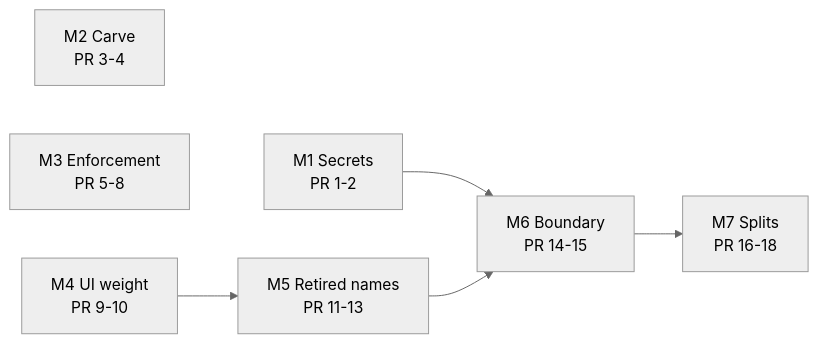
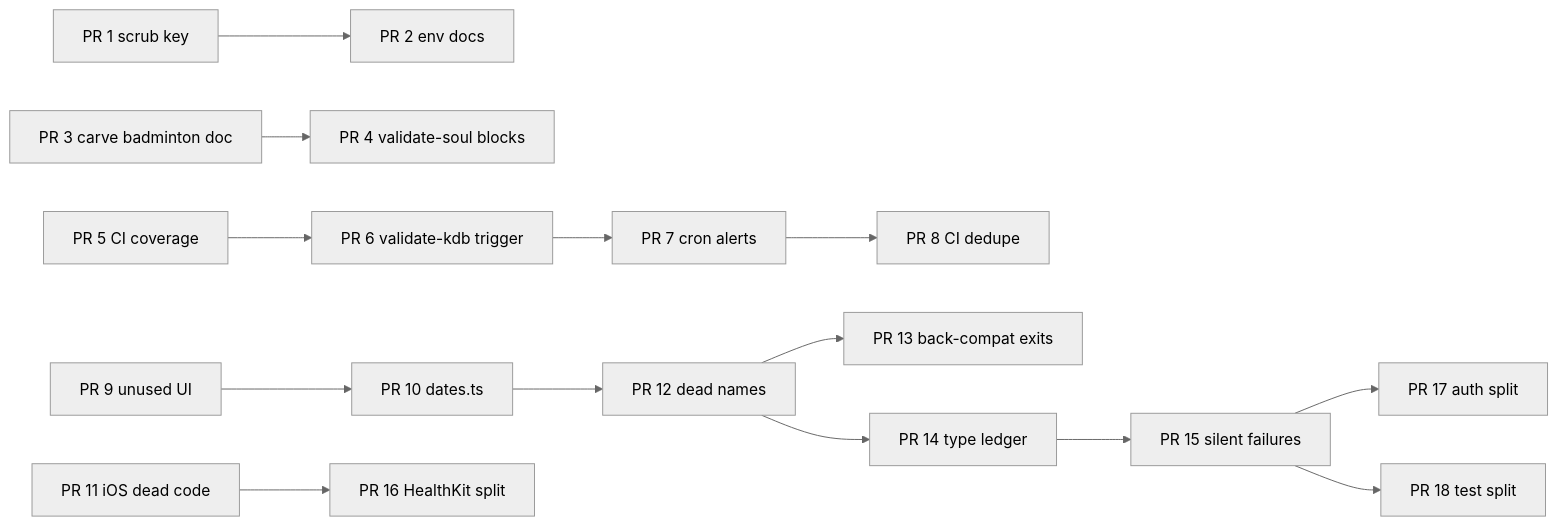
One commit to sibling-shipyard/coach-hq changed the diagram in docs/plans/repo-hygiene-sweep.md. Above: the diagram before and after it, drawn with Mermaid (neutral theme). The commit also changed other lines of this file and 1 other file, not shown here.

Commit message:
core: address hygiene plan review, drop the coach_notes finding (#901)
Graph now draws the real merge chains from the final base column and the
parallelism paragraph matches it. PR 9 gets a repo-wide search scope and a
re-run gate. The coach_notes write in query_history.py is live (SOUL.claude.md
tells BYOB Coach to run --add-notes), so it leaves PR 13 and the finding list.

Refs: #901

````diff
--- a/docs/plans/repo-hygiene-sweep.md
+++ b/docs/plans/repo-hygiene-sweep.md
@@ -20,9 +20,12 @@
 ```mermaid
 graph LR
-  M1["M1 Secrets<br/>PR 1-2"] --> M6["M6 Boundary<br/>PR 14-15"]
-  M2["M2 Carve<br/>PR 3-4"]
-  M3["M3 Enforcement<br/>PR 5-8"]
-  M4["M4 UI weight<br/>PR 9-10"] --> M5["M5 Retired names<br/>PR 11-13"]
-  M5 --> M6
-  M6 --> M7["M7 Splits<br/>PR 16-18"]
+  P1["PR 1 scrub key"] --> P2["PR 2 env docs"]
+  P3["PR 3 carve badminton doc"] --> P4["PR 4 validate-soul blocks"]
+  P5["PR 5 CI coverage"] --> P6["PR 6 validate-kdb trigger"] --> P7["PR 7 cron alerts"] --> P8["PR 8 CI dedupe"]
+  P9["PR 9 unused UI"] --> P10["PR 10 dates.ts"] --> P12["PR 12 dead names"]
+  P12 --> P13["PR 13 back-compat exits"]
+  P12 --> P14["PR 14 type ledger"] --> P15["PR 15 silent failures"]
+  P15 --> P17["PR 17 auth split"]
+  P15 --> P18["PR 18 test split"]
+  P11["PR 11 iOS dead code"] --> P16["PR 16 HealthKit split"]
 ```
````
